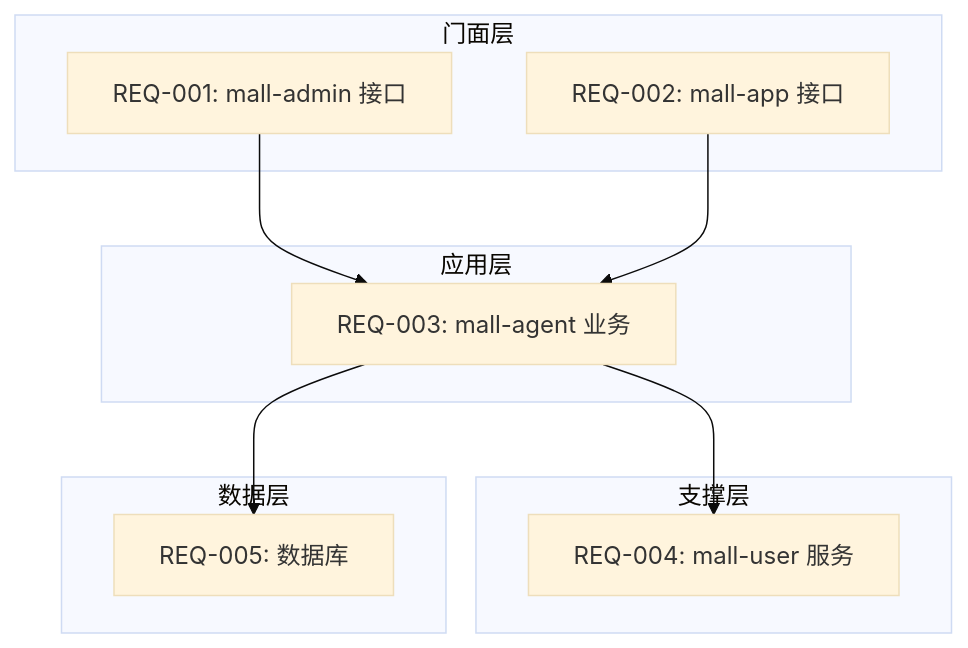
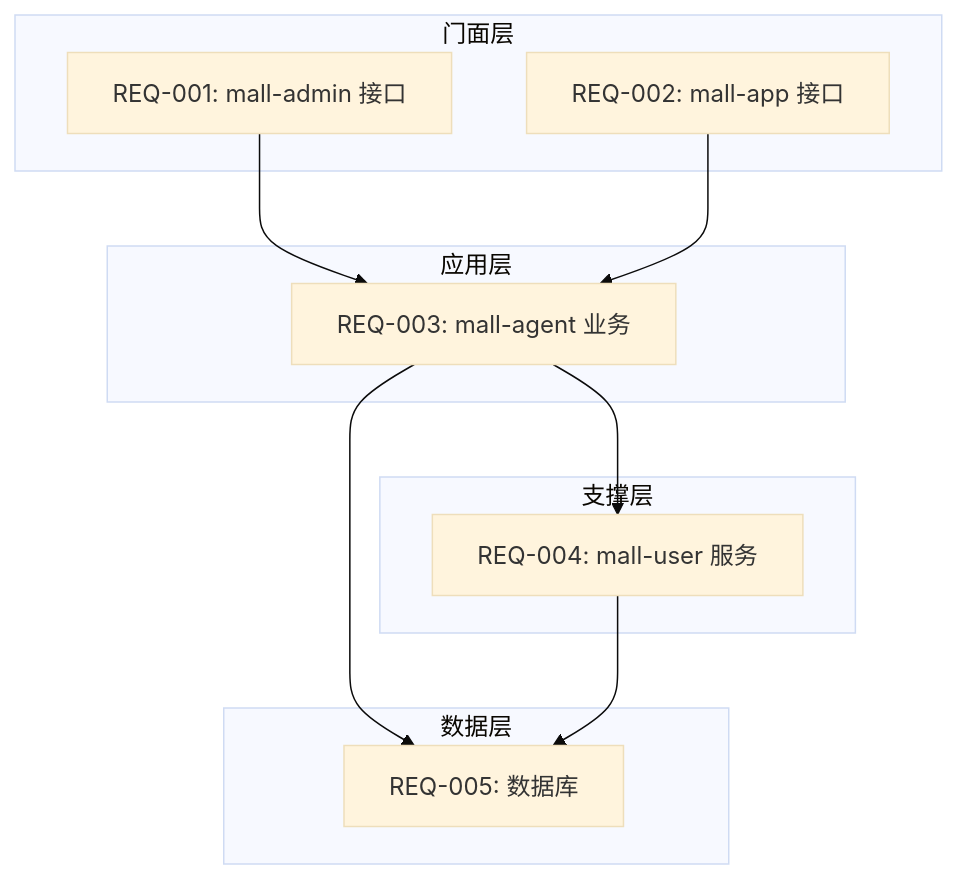
One commit to links1994/ai_coding changed the second of 2 diagrams in .qoder/rules/01-prd-decomposition.md. Above: the diagram before and after it, drawn with Mermaid (base theme). The commit also changed other lines of this file and 2 other files, not shown here.

````diff
--- a/.qoder/rules/01-prd-decomposition.md
+++ b/.qoder/rules/01-prd-decomposition.md
@@ -291,24 +317,25 @@
 ```mermaid
 graph TD
     subgraph "门面层"
         REQ001[REQ-001: mall-admin 接口]
         REQ002[REQ-002: mall-app 接口]
     end
 
     subgraph "应用层"
         REQ003[REQ-003: mall-agent 业务]
     end
 
     subgraph "支撑层"
         REQ004[REQ-004: mall-user 服务]
     end
 
     subgraph "数据层"
         REQ005[REQ-005: 数据库]
     end
 
     REQ001 --> REQ003
     REQ002 --> REQ003
     REQ003 --> REQ004
     REQ003 --> REQ005
+    REQ004 --> REQ005
 ```
````
